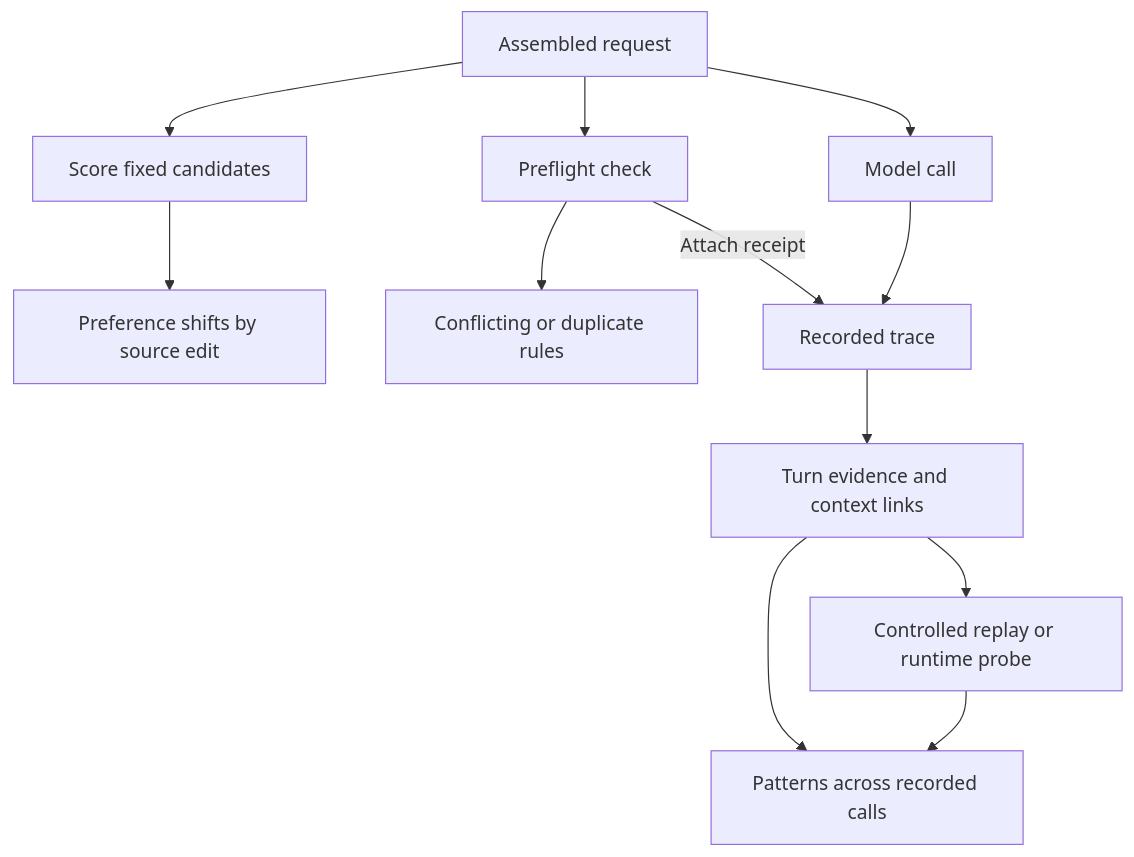
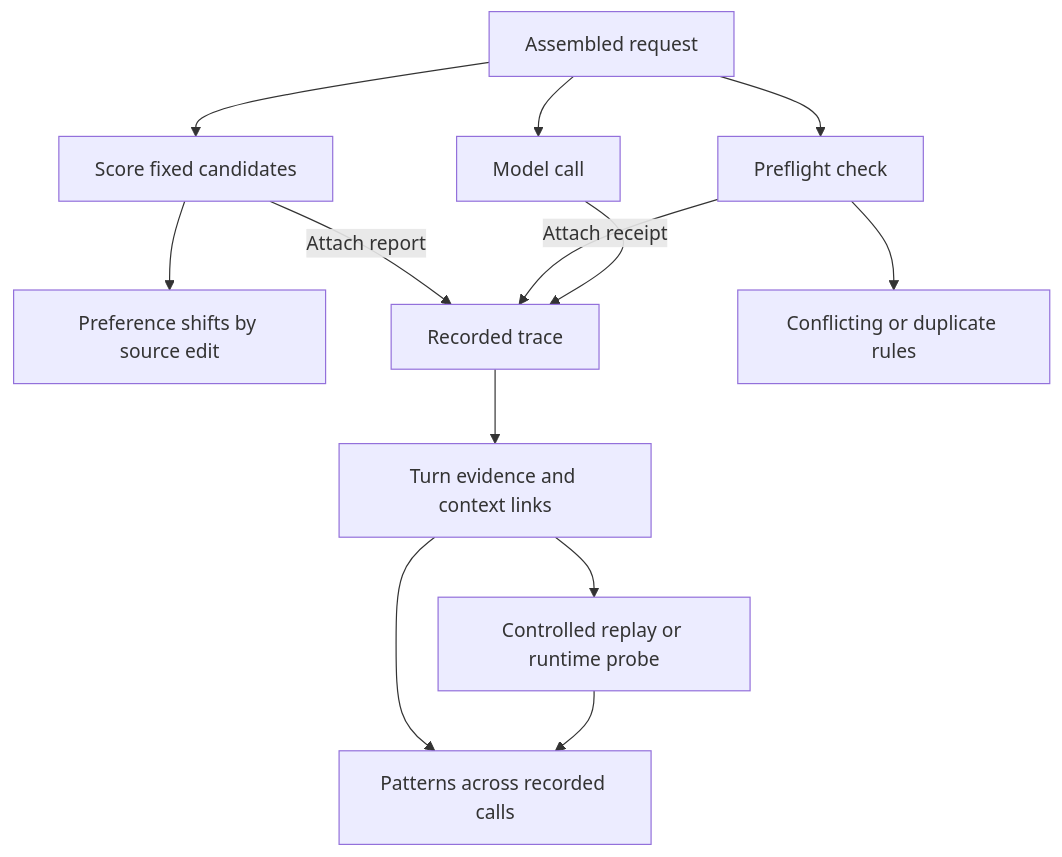
One commit to thakur-ro/A2Context changed the first of 2 diagrams in docs/architecture.md. Above: the diagram before and after it, drawn with Mermaid. The commit also changed 17 other files, not shown here.

````diff
--- a/docs/architecture.md
+++ b/docs/architecture.md
@@ -5,16 +5,17 @@
 ```mermaid
 flowchart TD
     accTitle: Evidence from request to recurring patterns
     accDescr: Preflight checks the request and candidate probes score alternatives. After the model call, the trace supports turn evidence, controlled experiments, and patterns.
     A[Assembled request] --> M[Model call]
     A --> P[Preflight check]
     A --> B[Score fixed candidates]
     B --> S[Preference shifts by source edit]
+    B -->|Attach report| T
     P --> F[Conflicting or duplicate rules]
     P -->|Attach receipt| T
     M --> T[Recorded trace]
     T --> I[Turn evidence and context links]
     I --> R[Controlled replay or runtime probe]
     I --> G[Patterns across recorded calls]
     R --> G
 ```
````
